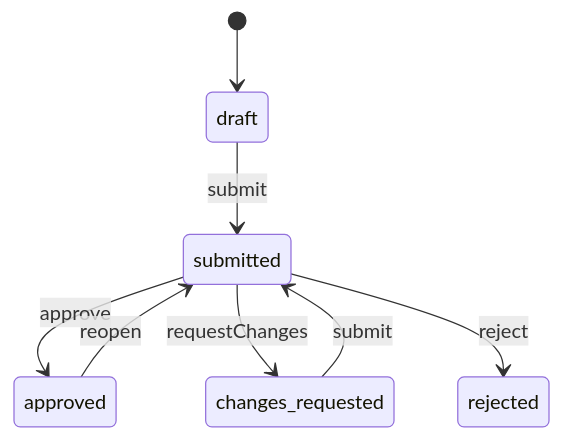
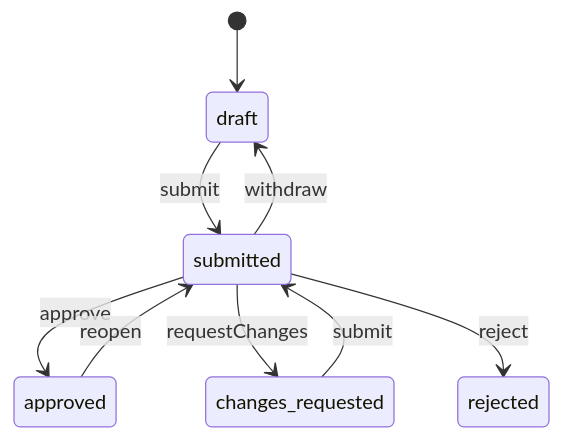
The first of 3 diagrams in backend/src/modules/catalog/README.md (Virus-777/ecommerce), drawn with Mermaid before and after one commit. The commit also changed other lines of this file and 11 other files, not shown here.

````diff
--- a/backend/src/modules/catalog/README.md
+++ b/backend/src/modules/catalog/README.md
@@ -610,10 +615,11 @@
 ```mermaid
 stateDiagram-v2
   [*] --> draft
   draft --> submitted: submit
   submitted --> approved: approve
   submitted --> changes_requested: requestChanges
   submitted --> rejected: reject
   changes_requested --> submitted: submit
   approved --> submitted: reopen
+  submitted --> draft: withdraw
 ```
````
